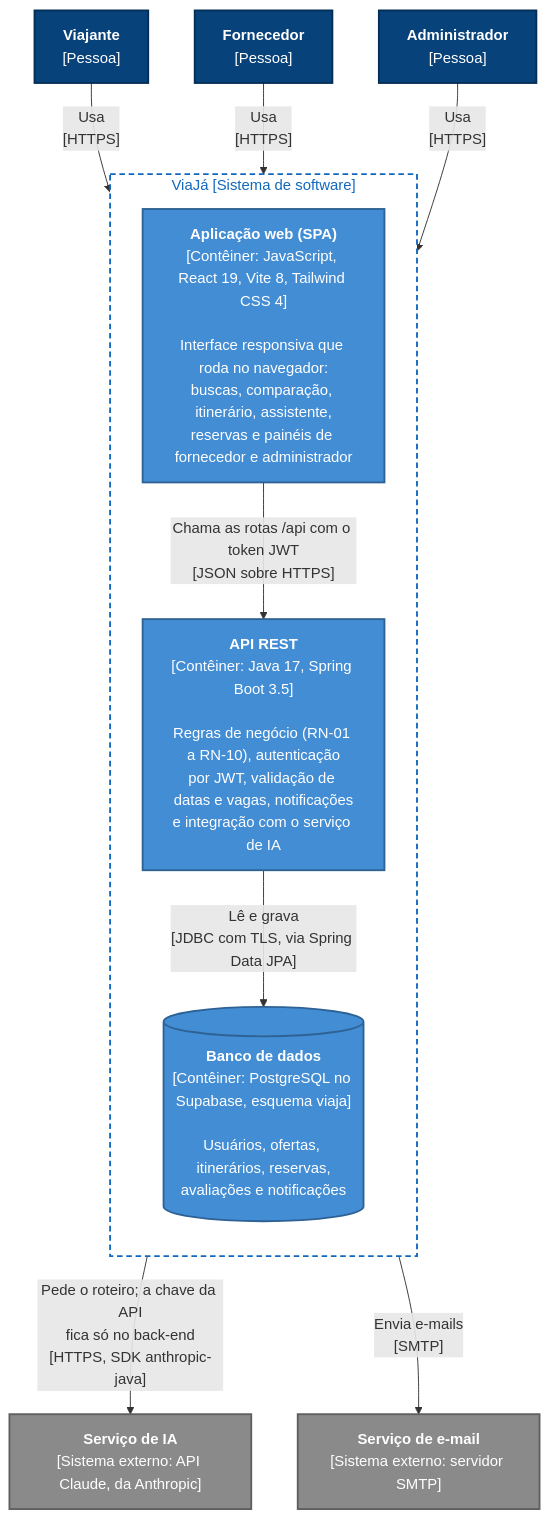
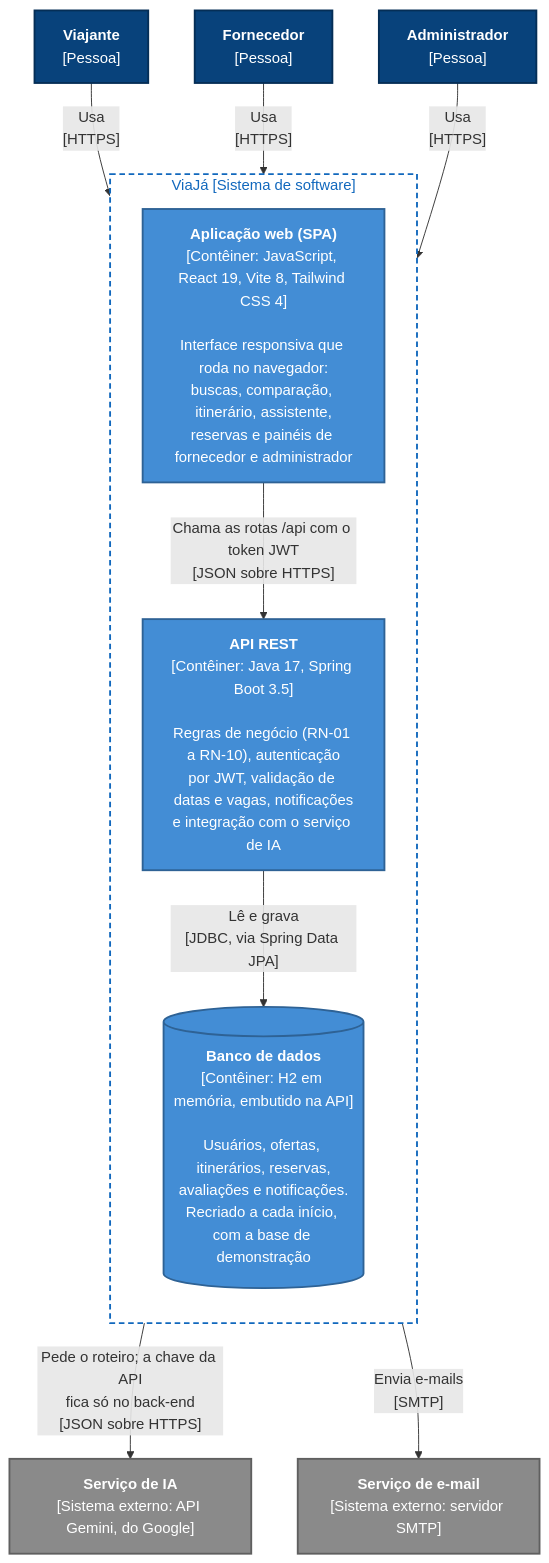
The diagram in docs/c4/c4-2-conteineres.mmd (duquexote/viaja), drawn with Mermaid before and after one commit. The commit also changed 22 other files, not shown here.

First line of the commit message:
Banco H2 em memória e assistente de IA com o Gemini

```diff
--- a/docs/c4/c4-2-conteineres.mmd
+++ b/docs/c4/c4-2-conteineres.mmd
@@ -1,30 +1,30 @@
 flowchart TB
     viajante["<b>Viajante</b><br/>[Pessoa]"]
     fornecedor["<b>Fornecedor</b><br/>[Pessoa]"]
     admin["<b>Administrador</b><br/>[Pessoa]"]
 
     subgraph sistema["ViaJá [Sistema de software]"]
         direction TB
         spa["<b>Aplicação web (SPA)</b><br/>[Contêiner: JavaScript, React 19, Vite 8, Tailwind CSS 4]<br/><br/>Interface responsiva que roda no navegador:<br/>buscas, comparação, itinerário, assistente,<br/>reservas e painéis de fornecedor e administrador"]
         api["<b>API REST</b><br/>[Contêiner: Java 17, Spring Boot 3.5]<br/><br/>Regras de negócio (RN-01 a RN-10), autenticação<br/>por JWT, validação de datas e vagas, notificações<br/>e integração com o serviço de IA"]
-        db[("<b>Banco de dados</b><br/>[Contêiner: PostgreSQL no Supabase, esquema viaja]<br/><br/>Usuários, ofertas, itinerários, reservas,<br/>avaliações e notificações")]
+        db[("<b>Banco de dados</b><br/>[Contêiner: H2 em memória, embutido na API]<br/><br/>Usuários, ofertas, itinerários, reservas,<br/>avaliações e notificações.<br/>Recriado a cada início, com a base de demonstração")]
     end
 
-    ia["<b>Serviço de IA</b><br/>[Sistema externo: API Claude, da Anthropic]"]
+    ia["<b>Serviço de IA</b><br/>[Sistema externo: API Gemini, do Google]"]
     email["<b>Serviço de e-mail</b><br/>[Sistema externo: servidor SMTP]"]
 
     viajante -->|"Usa<br/>[HTTPS]"| spa
     fornecedor -->|"Usa<br/>[HTTPS]"| spa
     admin -->|"Usa<br/>[HTTPS]"| spa
     spa -->|"Chama as rotas /api com o token JWT<br/>[JSON sobre HTTPS]"| api
-    api -->|"Lê e grava<br/>[JDBC com TLS, via Spring Data JPA]"| db
-    api -->|"Pede o roteiro; a chave da API<br/>fica só no back-end<br/>[HTTPS, SDK anthropic-java]"| ia
+    api -->|"Lê e grava<br/>[JDBC, via Spring Data JPA]"| db
+    api -->|"Pede o roteiro; a chave da API<br/>fica só no back-end<br/>[JSON sobre HTTPS]"| ia
     api -->|"Envia e-mails<br/>[SMTP]"| email
 
     classDef pessoa fill:#08427b,stroke:#052e56,stroke-width:2px,color:#ffffff
     classDef conteiner fill:#438dd5,stroke:#2e6295,stroke-width:2px,color:#ffffff
     classDef externo fill:#8a8a8a,stroke:#5f5f5f,stroke-width:2px,color:#ffffff
     class viajante,fornecedor,admin pessoa
     class spa,api,db conteiner
     class ia,email externo
     style sistema fill:#ffffff,stroke:#1168bd,stroke-width:2px,stroke-dasharray:6 4,color:#1168bd
```
